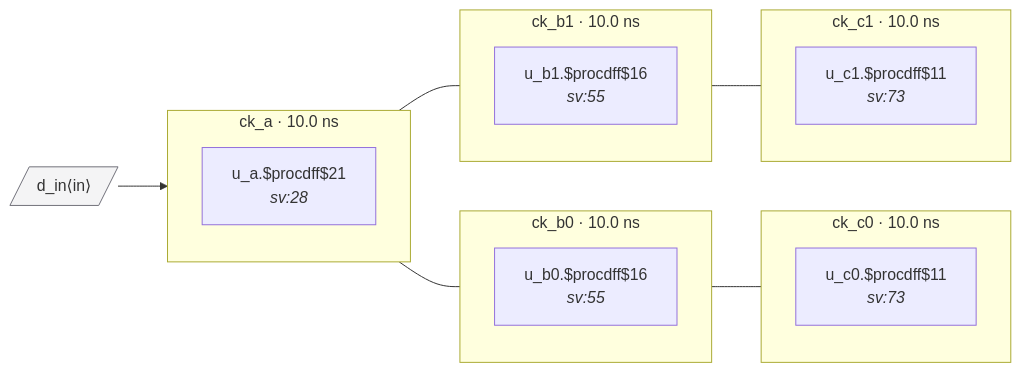
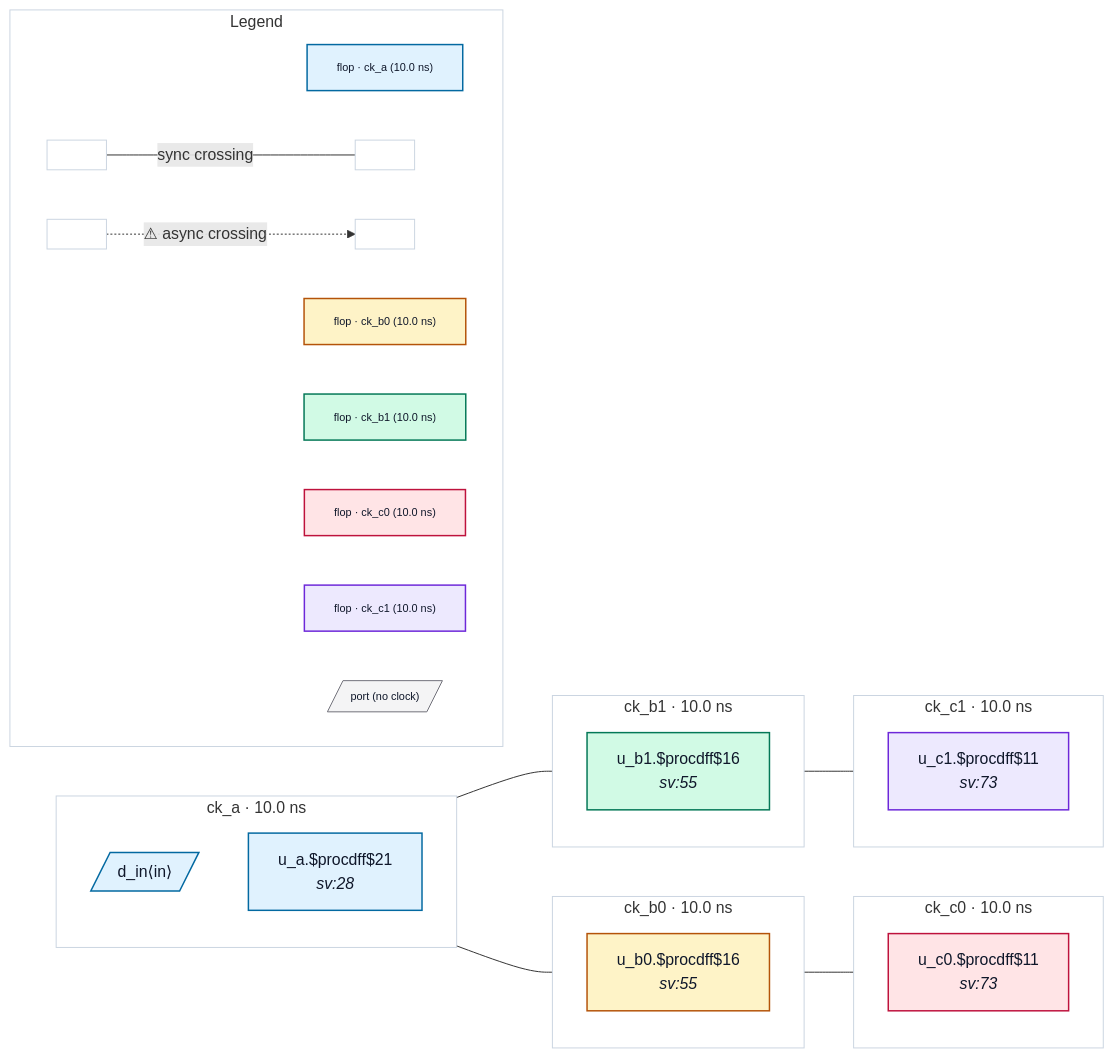
Before and after one commit to rtl-buddy/rtl-buddy-cdc: the diagram in tests/fixtures/good_source_sync_internal/README.md, drawn with Mermaid. The commit also changed 71 other files, not shown here.

First line of the commit message:
Refresh fixture READMEs + render iterations (colors, legend, nested ports, clock-net edges)

````diff
--- a/tests/fixtures/good_source_sync_internal/README.md
+++ b/tests/fixtures/good_source_sync_internal/README.md
@@ -23,31 +23,67 @@
 ```mermaid
 %% good_source_sync_internal — generated by rtl-buddy-cdc render
 flowchart LR
   subgraph clk_ck_a["ck_a · 10.0 ns"]
     direction TB
-    f_8781c5c7["u_a.$procdff$21<br/><i>sv:28</i>"]
+    p_in_d_in[/"d_in⟨in⟩"/]:::ckcls_ck_a
+    f_8781c5c7["u_a.$procdff$21<br/><i>sv:28</i>"]:::ckcls_ck_a
   end
   subgraph clk_ck_b0["ck_b0 · 10.0 ns"]
     direction TB
-    f_feebc3a9["u_b0.$procdff$16<br/><i>sv:55</i>"]
+    f_feebc3a9["u_b0.$procdff$16<br/><i>sv:55</i>"]:::ckcls_ck_b0
   end
   subgraph clk_ck_b1["ck_b1 · 10.0 ns"]
     direction TB
-    f_be189564["u_b1.$procdff$16<br/><i>sv:55</i>"]
+    f_be189564["u_b1.$procdff$16<br/><i>sv:55</i>"]:::ckcls_ck_b1
   end
   subgraph clk_ck_c0["ck_c0 · 10.0 ns"]
     direction TB
-    f_aec9402e["u_c0.$procdff$11<br/><i>sv:73</i>"]
+    f_aec9402e["u_c0.$procdff$11<br/><i>sv:73</i>"]:::ckcls_ck_c0
   end
   subgraph clk_ck_c1["ck_c1 · 10.0 ns"]
     direction TB
-    f_6e583cc8["u_c1.$procdff$11<br/><i>sv:73</i>"]
+    f_6e583cc8["u_c1.$procdff$11<br/><i>sv:73</i>"]:::ckcls_ck_c1
   end
-  p_in_d_in[/"d_in⟨in⟩"/]:::port
-  p_in_d_in --> f_8781c5c7
   f_8781c5c7 --- f_feebc3a9
   f_8781c5c7 --- f_be189564
   f_feebc3a9 --- f_aec9402e
   f_be189564 --- f_6e583cc8
-  classDef port fill:#f4f4f5,stroke:#71717a
+  subgraph rb_legend["Legend"]
+    direction LR
+    lg_clk_ck_a["flop · ck_a (10.0 ns)"]:::ckcls_ck_a
+    lg_clk_ck_b0["flop · ck_b0 (10.0 ns)"]:::ckcls_ck_b0
+    lg_clk_ck_b1["flop · ck_b1 (10.0 ns)"]:::ckcls_ck_b1
+    lg_clk_ck_c0["flop · ck_c0 (10.0 ns)"]:::ckcls_ck_c0
+    lg_clk_ck_c1["flop · ck_c1 (10.0 ns)"]:::ckcls_ck_c1
+    lg_port[/"port (no clock)"/]:::port_unassigned
+    lg_sync_a[" "]:::ckcls_legend_neutral
+    lg_sync_b[" "]:::ckcls_legend_neutral
+    lg_async_a[" "]:::ckcls_legend_neutral
+    lg_async_b[" "]:::ckcls_legend_neutral
+    lg_sync_a --- |"sync crossing"| lg_sync_b
+    lg_async_a -. "⚠ async crossing" .-> lg_async_b
+  end
+  style clk_ck_a fill:none,stroke:#cbd5e1
+  style clk_ck_b0 fill:none,stroke:#cbd5e1
+  style clk_ck_b1 fill:none,stroke:#cbd5e1
+  style clk_ck_c0 fill:none,stroke:#cbd5e1
+  style clk_ck_c1 fill:none,stroke:#cbd5e1
+  style rb_legend fill:none,stroke:#cbd5e1
+  style lg_clk_ck_a font-size:11px
+  style lg_clk_ck_b0 font-size:11px
+  style lg_clk_ck_b1 font-size:11px
+  style lg_clk_ck_c0 font-size:11px
+  style lg_clk_ck_c1 font-size:11px
+  style lg_port font-size:11px
+  style lg_sync_a font-size:11px
+  style lg_sync_b font-size:11px
+  style lg_async_a font-size:11px
+  style lg_async_b font-size:11px
+  classDef ckcls_ck_a fill:#e0f2fe,stroke:#0369a1,stroke-width:1.5px,color:#0f172a
+  classDef ckcls_ck_b0 fill:#fef3c7,stroke:#b45309,stroke-width:1.5px,color:#0f172a
+  classDef ckcls_ck_b1 fill:#d1fae5,stroke:#047857,stroke-width:1.5px,color:#0f172a
+  classDef ckcls_ck_c0 fill:#ffe4e6,stroke:#be123c,stroke-width:1.5px,color:#0f172a
+  classDef ckcls_ck_c1 fill:#ede9fe,stroke:#6d28d9,stroke-width:1.5px,color:#0f172a
+  classDef port_unassigned fill:#f4f4f5,stroke:#71717a,color:#0f172a
+  classDef ckcls_legend_neutral fill:#ffffff,stroke:#cbd5e1,stroke-width:1px,color:#0f172a
 ```
````
